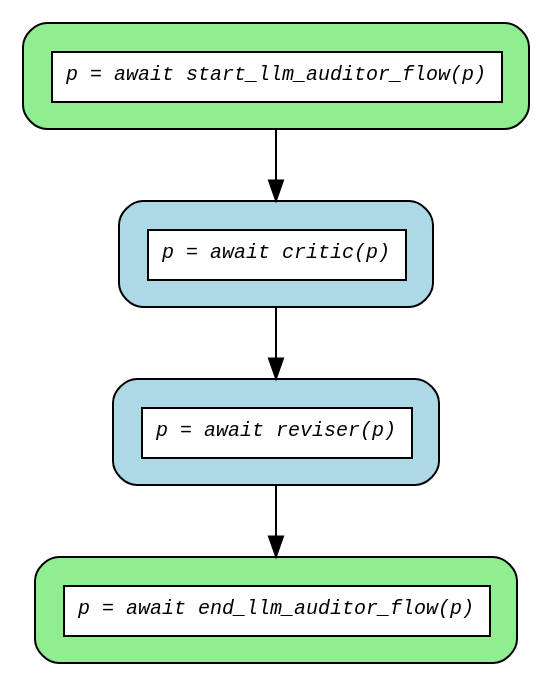
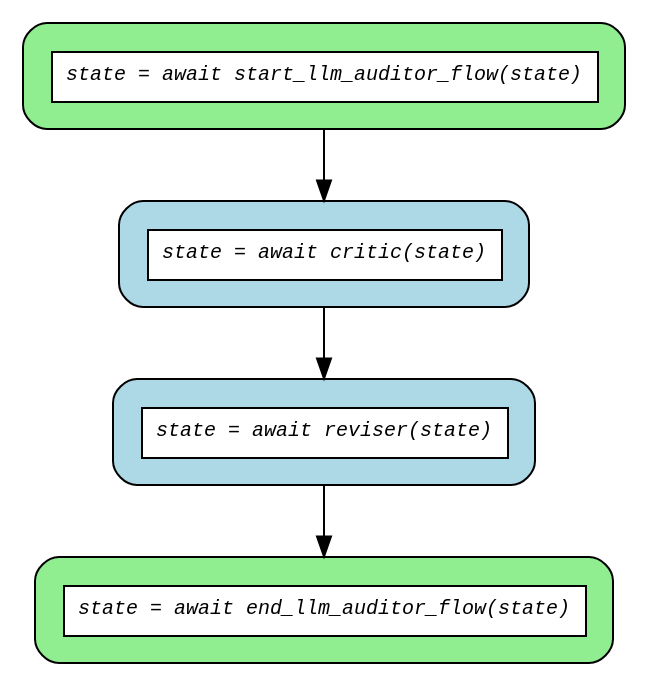
One commit to mrhillsman-enterprise-ai/asya changed the diagram in examples/flows/compiled/async_sequential/flow.dot. Above: the diagram before and after it, drawn with Graphviz. The commit also changed 34 other files, not shown here.

First line of the commit message:
feat(flow): expand compiler syntax support and improve error messages (#243)

```diff
--- a/examples/flows/compiled/async_sequential/flow.dot
+++ b/examples/flows/compiled/async_sequential/flow.dot
@@ -1,15 +1,15 @@
 digraph flow {
   rankdir=TB;
   graph [fontname="Courier", fontsize=10];
   node [fontname="Courier", fontsize=10, shape=box, style="filled,rounded", margin="0.2"];
   edge [fontname="Courier", fontsize=10];
 
-  start_llm_auditor_flow [fillcolor="lightgreen", group="main", label=<<table border="0" cellspacing="0" cellpadding="6" cellborder="1"><tr><td bgcolor="white" align="center"><i>p = await start_llm_auditor_flow(p)</i></td></tr></table>>];
-  end_llm_auditor_flow [fillcolor="lightgreen", group="main", label=<<table border="0" cellspacing="0" cellpadding="6" cellborder="1"><tr><td bgcolor="white" align="center"><i>p = await end_llm_auditor_flow(p)</i></td></tr></table>>];
-  critic [fillcolor="lightblue", label=<<table border="0" cellspacing="0" cellpadding="6" cellborder="1"><tr><td bgcolor="white" align="center"><i>p = await critic(p)</i></td></tr></table>>];
-  reviser [fillcolor="lightblue", label=<<table border="0" cellspacing="0" cellpadding="6" cellborder="1"><tr><td bgcolor="white" align="center"><i>p = await reviser(p)</i></td></tr></table>>];
+  start_llm_auditor_flow [fillcolor="lightgreen", group="main", label=<<table border="0" cellspacing="0" cellpadding="6" cellborder="1"><tr><td bgcolor="white" align="center"><i>state = await start_llm_auditor_flow(state)</i></td></tr></table>>];
+  end_llm_auditor_flow [fillcolor="lightgreen", group="main", label=<<table border="0" cellspacing="0" cellpadding="6" cellborder="1"><tr><td bgcolor="white" align="center"><i>state = await end_llm_auditor_flow(state)</i></td></tr></table>>];
+  critic [fillcolor="lightblue", label=<<table border="0" cellspacing="0" cellpadding="6" cellborder="1"><tr><td bgcolor="white" align="center"><i>state = await critic(state)</i></td></tr></table>>];
+  reviser [fillcolor="lightblue", label=<<table border="0" cellspacing="0" cellpadding="6" cellborder="1"><tr><td bgcolor="white" align="center"><i>state = await reviser(state)</i></td></tr></table>>];
 
   critic -> reviser;
   reviser -> end_llm_auditor_flow;
   start_llm_auditor_flow -> critic;
 }
```
